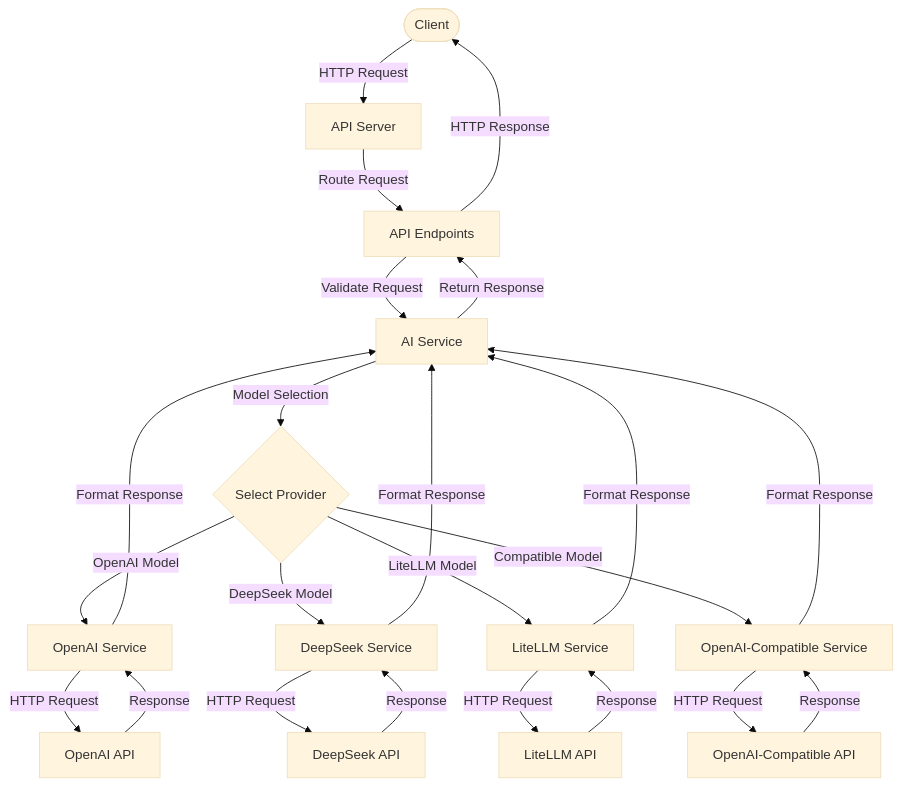
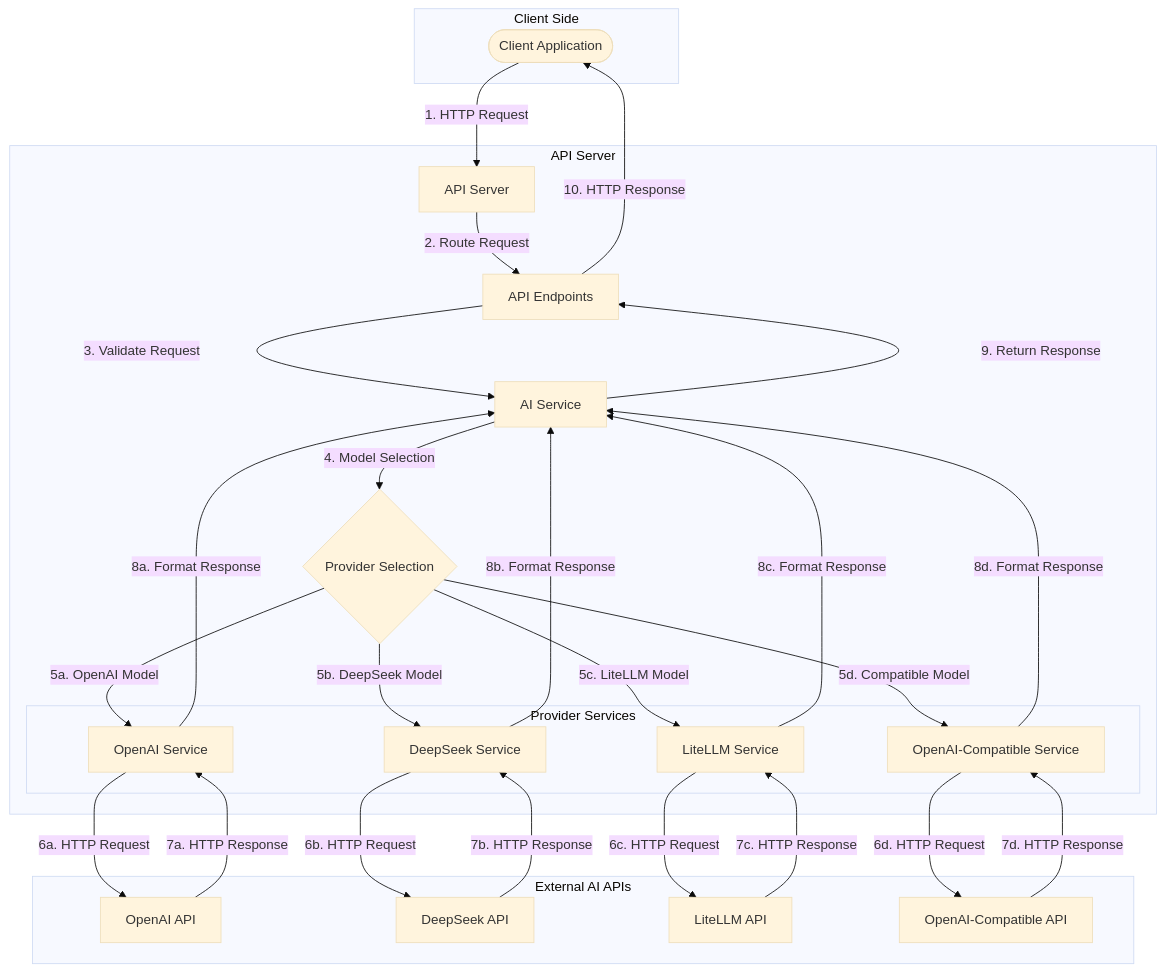
One commit to hongshanx/fortitude changed the diagram in README.md. Above: the diagram before and after it, drawn with Mermaid (base theme). The commit also changed other lines of this file, not shown here.

Commit message:
[chore] tune flow

````diff
--- a/README.md
+++ b/README.md
@@ -7,31 +7,61 @@
 ```mermaid
 flowchart TD
-    Client([Client]) -->|HTTP Request| Server[API Server]
-    Server -->|Route Request| Endpoints[API Endpoints]
-    Endpoints -->|Validate Request| AIService[AI Service]
+    subgraph "Client Side"
+        Client([Client Application])
+    end
     
-    AIService -->|Model Selection| ProviderSelection{Select Provider}
+    subgraph "API Server"
+        Server[API Server]
+        Endpoints[API Endpoints]
+        AIService[AI Service]
+        ProviderSelection{Provider Selection}
+        
+        subgraph "Provider Services"
+            OpenAIService[OpenAI Service]
+            DeepSeekService[DeepSeek Service]
+            LiteLLMService[LiteLLM Service]
+            CompatibleService[OpenAI-Compatible Service]
+        end
+    end
     
-    ProviderSelection -->|OpenAI Model| OpenAIService[OpenAI Service]
-    ProviderSelection -->|DeepSeek Model| DeepSeekService[DeepSeek Service]
-    ProviderSelection -->|LiteLLM Model| LiteLLMService[LiteLLM Service]
-    ProviderSelection -->|Compatible Model| CompatibleService[OpenAI-Compatible Service]
+    subgraph "External AI APIs"
+        OpenAIAPI[OpenAI API]
+        DeepSeekAPI[DeepSeek API]
+        LiteLLMAPI[LiteLLM API]
+        CompatibleAPI[OpenAI-Compatible API]
+    end
     
-    OpenAIService -->|HTTP Request| OpenAIAPI[OpenAI API]
-    DeepSeekService -->|HTTP Request| DeepSeekAPI[DeepSeek API]
-    LiteLLMService -->|HTTP Request| LiteLLMAPI[LiteLLM API]
-    CompatibleService -->|HTTP Request| CompatibleAPI[OpenAI-Compatible API]
+    %% Client to Server flow
+    Client -->|1. HTTP Request| Server
+    Server -->|2. Route Request| Endpoints
+    Endpoints -->|3. Validate Request| AIService
     
-    OpenAIAPI -->|Response| OpenAIService
-    DeepSeekAPI -->|Response| DeepSeekService
-    LiteLLMAPI -->|Response| LiteLLMService
-    CompatibleAPI -->|Response| CompatibleService
+    %% Provider selection
+    AIService -->|4. Model Selection| ProviderSelection
     
-    OpenAIService -->|Format Response| AIService
-    DeepSeekService -->|Format Response| AIService
-    LiteLLMService -->|Format Response| AIService
-    CompatibleService -->|Format Response| AIService
+    ProviderSelection -->|5a. OpenAI Model| OpenAIService
+    ProviderSelection -->|5b. DeepSeek Model| DeepSeekService
+    ProviderSelection -->|5c. LiteLLM Model| LiteLLMService
+    ProviderSelection -->|5d. Compatible Model| CompatibleService
     
-    AIService -->|Return Response| Endpoints
-    Endpoints -->|HTTP Response| Client
+    %% HTTP requests to external APIs
+    OpenAIService -->|6a. HTTP Request| OpenAIAPI
+    DeepSeekService -->|6b. HTTP Request| DeepSeekAPI
+    LiteLLMService -->|6c. HTTP Request| LiteLLMAPI
+    CompatibleService -->|6d. HTTP Request| CompatibleAPI
+    
+    %% Response flow back
+    OpenAIAPI -->|7a. HTTP Response| OpenAIService
+    DeepSeekAPI -->|7b. HTTP Response| DeepSeekService
+    LiteLLMAPI -->|7c. HTTP Response| LiteLLMService
+    CompatibleAPI -->|7d. HTTP Response| CompatibleService
+    
+    %% Format and return
+    OpenAIService -->|8a. Format Response| AIService
+    DeepSeekService -->|8b. Format Response| AIService
+    LiteLLMService -->|8c. Format Response| AIService
+    CompatibleService -->|8d. Format Response| AIService
+    
+    AIService -->|9. Return Response| Endpoints
+    Endpoints -->|10. HTTP Response| Client
 ```
````
